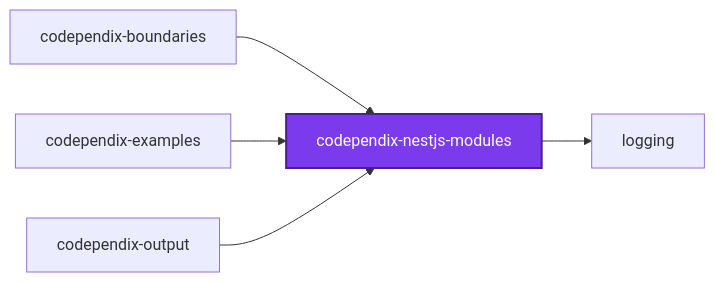
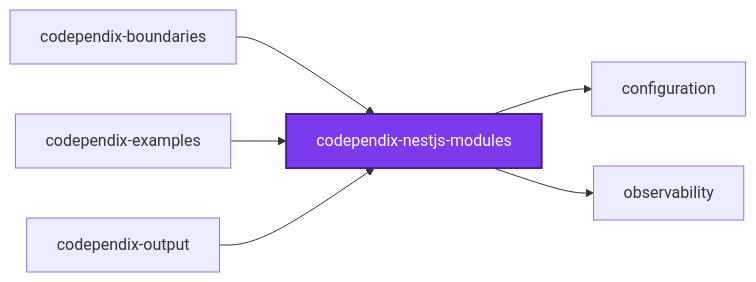
One commit to organizzolini/codebase changed the first of 3 diagrams in projects/ic-suite/codependix/codependix-nestjs-modules/README.md. Above: the diagram before and after it, drawn with Mermaid. The commit also changed other lines of this file and 68 other files, not shown here.

````diff
--- a/projects/ic-suite/codependix/codependix-nestjs-modules/README.md
+++ b/projects/ic-suite/codependix/codependix-nestjs-modules/README.md
@@ -20,14 +20,16 @@
 ```mermaid
 graph LR
   codependix_boundaries["codependix-boundaries"]
   codependix_examples["codependix-examples"]
   codependix_nestjs_modules["codependix-nestjs-modules"]
   codependix_output["codependix-output"]
-  logging["logging"]
+  configuration["configuration"]
+  observability["observability"]
   codependix_boundaries --> codependix_nestjs_modules
   codependix_examples --> codependix_nestjs_modules
-  codependix_nestjs_modules --> logging
+  codependix_nestjs_modules --> configuration
+  codependix_nestjs_modules --> observability
   codependix_output --> codependix_nestjs_modules
   classDef subject fill:#7c3aed,color:#fff,stroke:#4c1d95,stroke-width:2px
   class codependix_nestjs_modules subject
 ```
````
